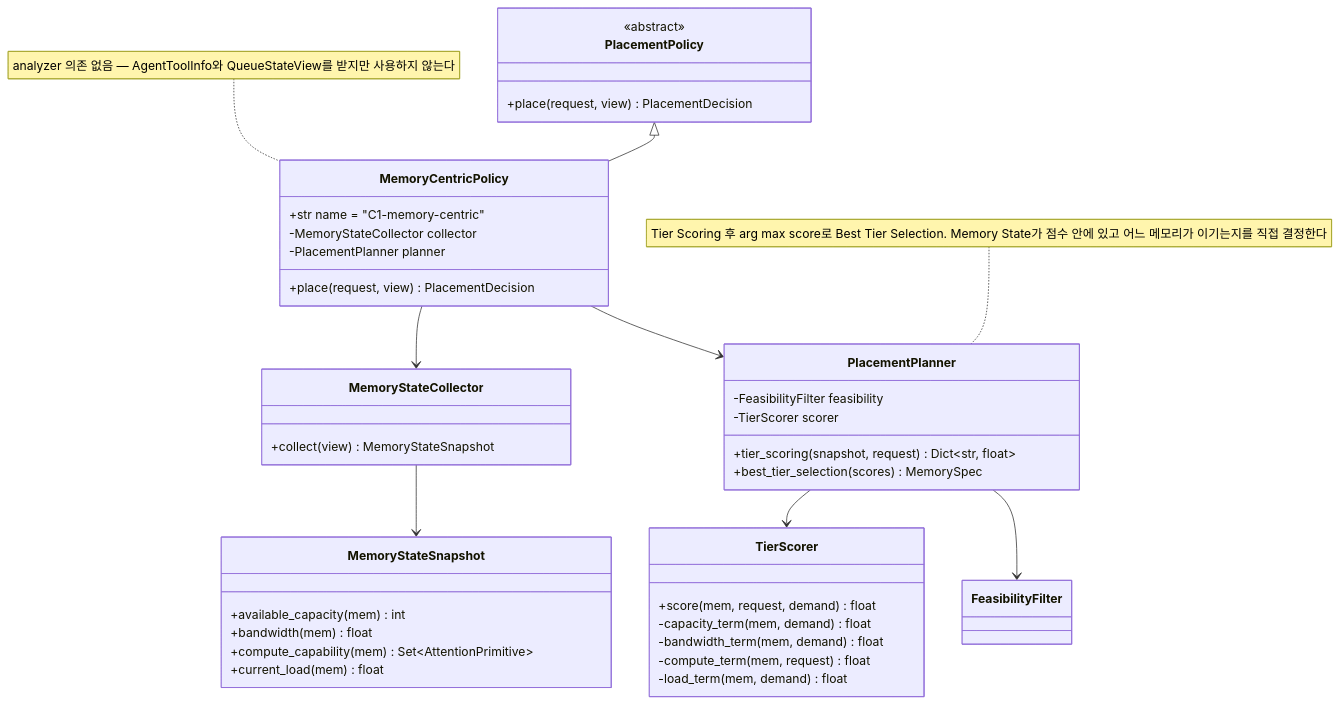
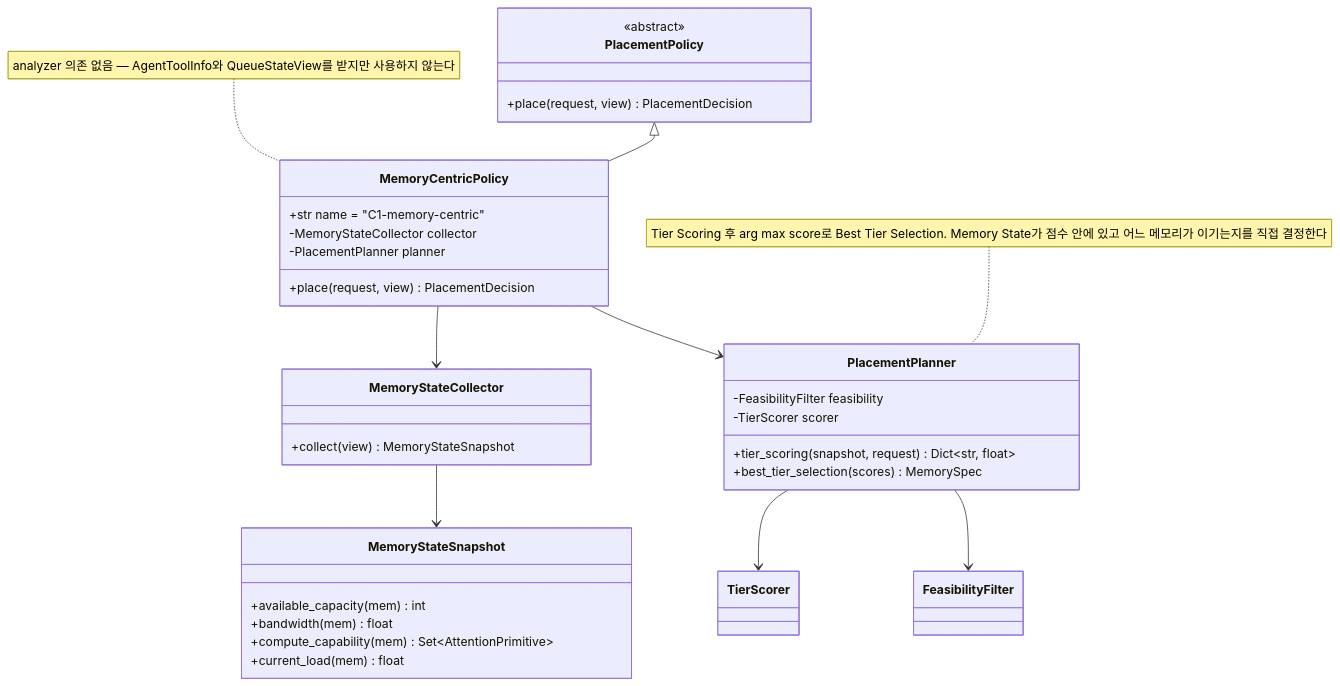
The fifth of 14 diagrams in doc-architect/dp1-implementation-uml.md (mkim0628/vllm), drawn with Mermaid before and after one commit. The commit also changed other lines of this file and 2 other files, not shown here.

````diff
--- a/doc-architect/dp1-implementation-uml.md
+++ b/doc-architect/dp1-implementation-uml.md
@@ -325,50 +525,42 @@
 ```mermaid
 classDiagram
     class PlacementPolicy {
         <<abstract>>
         +place(request, view) PlacementDecision
     }
 
     class MemoryCentricPolicy {
         +str name = "C1-memory-centric"
         -MemoryStateCollector collector
         -PlacementPlanner planner
         +place(request, view) PlacementDecision
     }
 
     class MemoryStateCollector {
         +collect(view) MemoryStateSnapshot
     }
 
     class MemoryStateSnapshot {
         +available_capacity(mem) int
         +bandwidth(mem) float
         +compute_capability(mem) Set~AttentionPrimitive~
         +current_load(mem) float
     }
 
     class PlacementPlanner {
         -FeasibilityFilter feasibility
         -TierScorer scorer
         +tier_scoring(snapshot, request) Dict~str, float~
         +best_tier_selection(scores) MemorySpec
     }
 
-    class TierScorer {
-        +score(mem, request, demand) float
-        -capacity_term(mem, demand) float
-        -bandwidth_term(mem, demand) float
-        -compute_term(mem, request) float
-        -load_term(mem, demand) float
-    }
-
     PlacementPolicy <|-- MemoryCentricPolicy
     MemoryCentricPolicy --> MemoryStateCollector
     MemoryCentricPolicy --> PlacementPlanner
     MemoryStateCollector --> MemoryStateSnapshot
     PlacementPlanner --> TierScorer
     PlacementPlanner --> FeasibilityFilter
 
     note for PlacementPlanner "Tier Scoring 후 arg max score로 Best Tier Selection. Memory State가 점수 안에 있고 어느 메모리가 이기는지를 직접 결정한다"
     note for MemoryCentricPolicy "analyzer 의존 없음 — AgentToolInfo와 QueueStateView를 받지만 사용하지 않는다"
 ```
````
